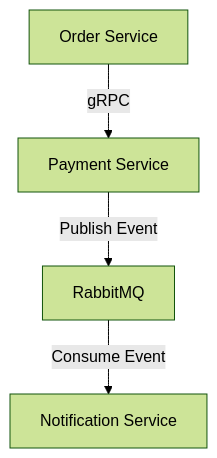
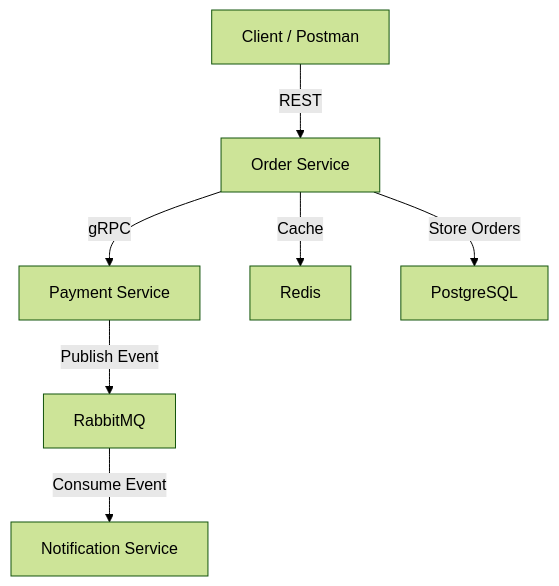
One commit to NuraAbdi/ASS1-AdvanceProg2- changed the diagram in README.md. Above: the diagram before and after it, drawn with Mermaid (forest theme). The commit also changed other lines of this file, not shown here.

````diff
--- a/README.md
+++ b/README.md
@@ -27,6 +26,14 @@
 ```mermaid
 graph TD
-    A[Order Service] -->|gRPC| B[Payment Service]
-    B -->|Publish Event| C[RabbitMQ]
-    C -->|Consume Event| D[Notification Service]
+    A[Client / Postman] -->|REST| B[Order Service]
+
+    B -->|gRPC| C[Payment Service]
+
+    C -->|Publish Event| D[RabbitMQ]
+
+    D -->|Consume Event| E[Notification Service]
+
+    B -->|Cache| F[Redis]
+
+    B -->|Store Orders| G[PostgreSQL]
 ```
````
